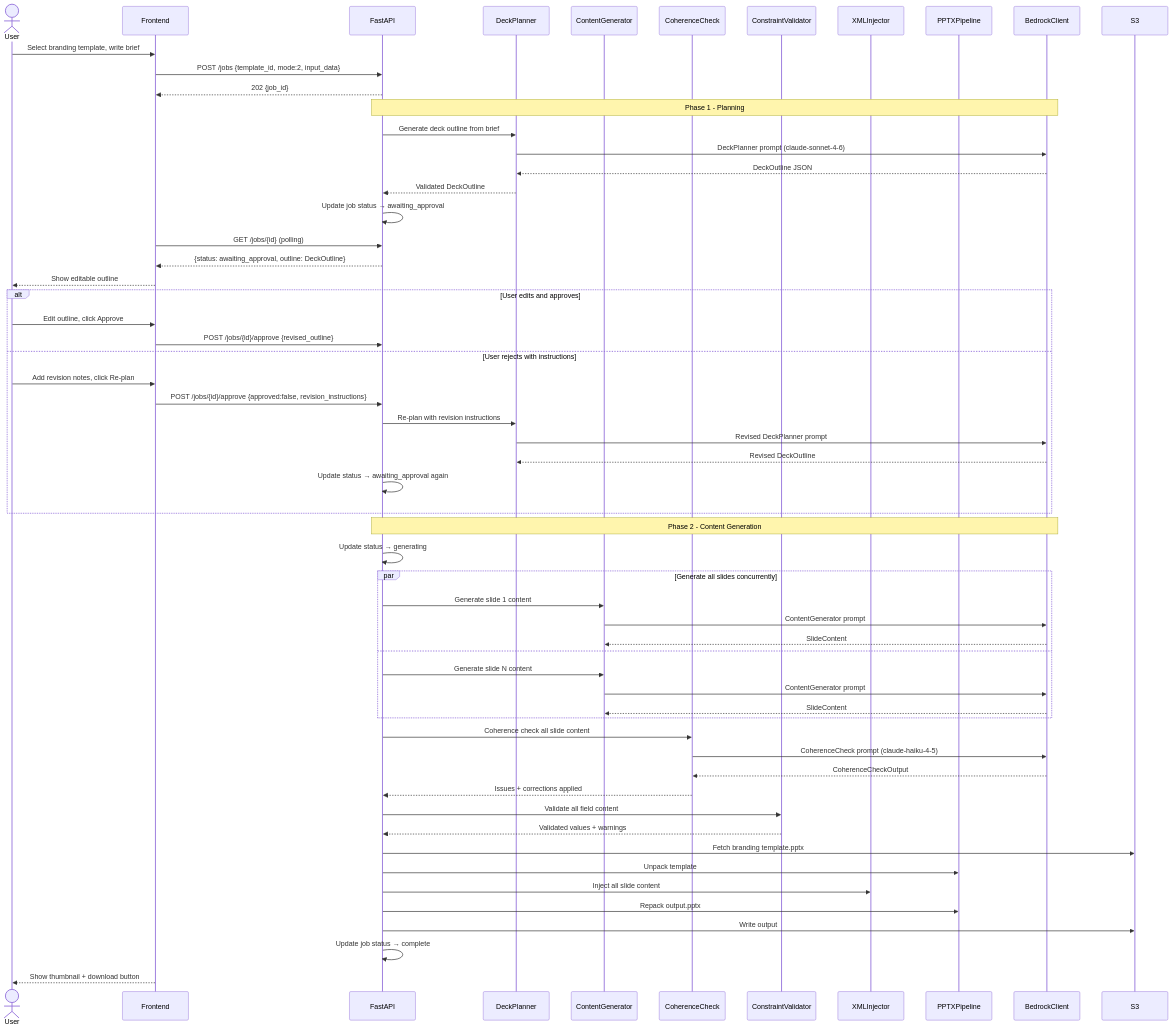
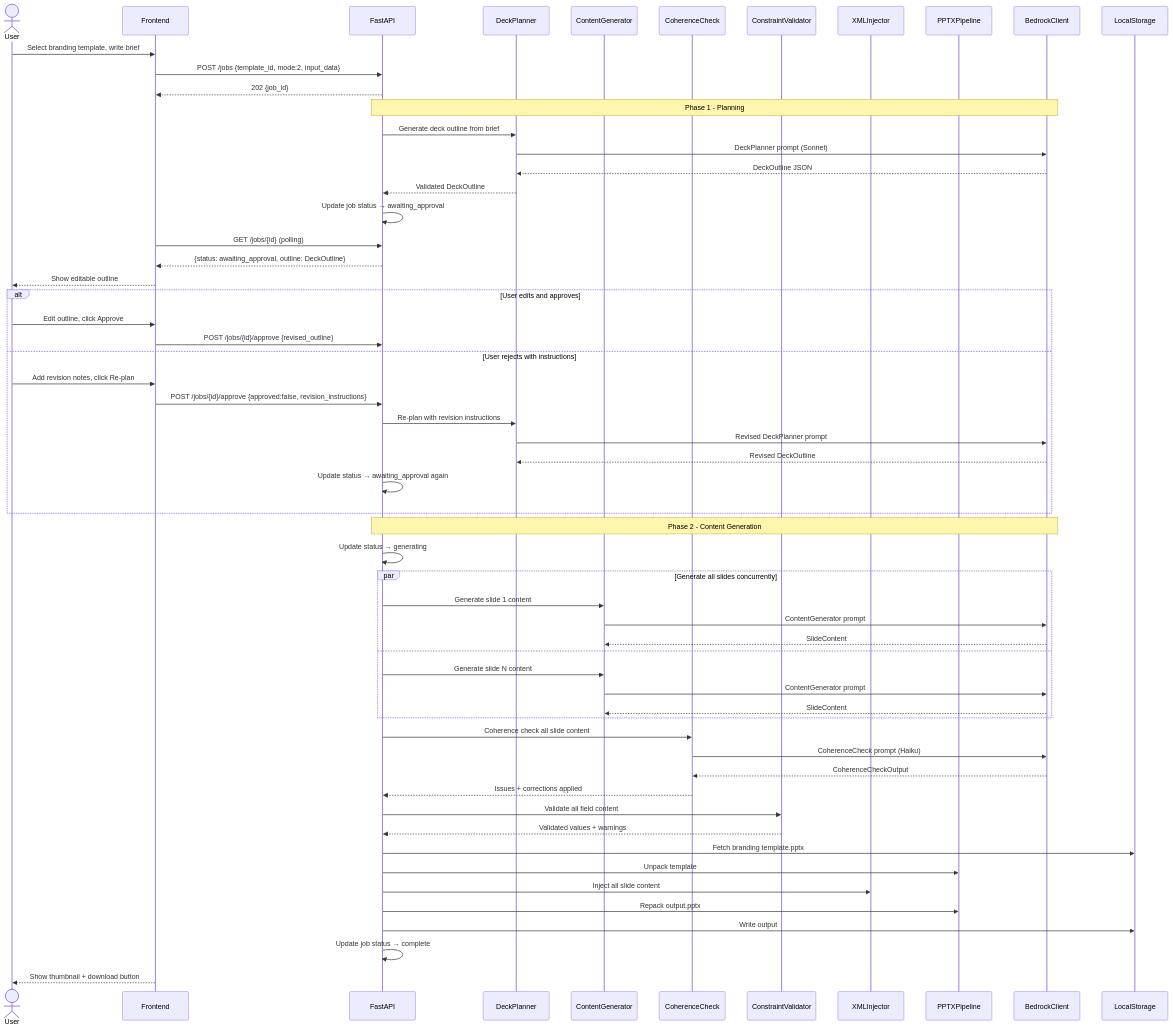
Before and after one commit to M-Chimiste/SlideAgent: the fourth of 6 diagrams in project_docs/architecture.md, drawn with Mermaid. The commit also changed other lines of this file and 106 other files, not shown here.

````diff
--- a/project_docs/architecture.md
+++ b/project_docs/architecture.md
@@ -175,71 +156,71 @@
 ```mermaid
 sequenceDiagram
     actor User
     participant FE as Frontend
     participant API as FastAPI
     participant DP as DeckPlanner
     participant CG as ContentGenerator
     participant CC as CoherenceCheck
     participant CV as ConstraintValidator
     participant XI as XMLInjector
     participant PP as PPTXPipeline
     participant BC as BedrockClient
-    participant S3
+    participant FS as LocalStorage
 
     User->>FE: Select branding template, write brief
     FE->>API: POST /jobs {template_id, mode:2, input_data}
     API-->>FE: 202 {job_id}
 
     Note over API,BC: Phase 1 - Planning
     API->>DP: Generate deck outline from brief
-    DP->>BC: DeckPlanner prompt (claude-sonnet-4-6)
+    DP->>BC: DeckPlanner prompt (Sonnet)
     BC-->>DP: DeckOutline JSON
     DP-->>API: Validated DeckOutline
 
     API->>API: Update job status → awaiting_approval
     FE->>API: GET /jobs/{id} (polling)
     API-->>FE: {status: awaiting_approval, outline: DeckOutline}
     FE-->>User: Show editable outline
 
     alt User edits and approves
         User->>FE: Edit outline, click Approve
         FE->>API: POST /jobs/{id}/approve {revised_outline}
     else User rejects with instructions
         User->>FE: Add revision notes, click Re-plan
         FE->>API: POST /jobs/{id}/approve {approved:false, revision_instructions}
         API->>DP: Re-plan with revision instructions
         DP->>BC: Revised DeckPlanner prompt
         BC-->>DP: Revised DeckOutline
         API->>API: Update status → awaiting_approval again
     end
 
     Note over API,BC: Phase 2 - Content Generation
     API->>API: Update status → generating
 
     par Generate all slides concurrently
         API->>CG: Generate slide 1 content
         CG->>BC: ContentGenerator prompt
         BC-->>CG: SlideContent
     and
         API->>CG: Generate slide N content
         CG->>BC: ContentGenerator prompt
         BC-->>CG: SlideContent
     end
 
     API->>CC: Coherence check all slide content
-    CC->>BC: CoherenceCheck prompt (claude-haiku-4-5)
+    CC->>BC: CoherenceCheck prompt (Haiku)
     BC-->>CC: CoherenceCheckOutput
     CC-->>API: Issues + corrections applied
 
     API->>CV: Validate all field content
     CV-->>API: Validated values + warnings
 
-    API->>S3: Fetch branding template.pptx
+    API->>FS: Fetch branding template.pptx
     API->>PP: Unpack template
     API->>XI: Inject all slide content
     API->>PP: Repack output.pptx
-    API->>S3: Write output
+    API->>FS: Write output
 
     API->>API: Update job status → complete
     FE-->>User: Show thumbnail + download button
 ```
````
